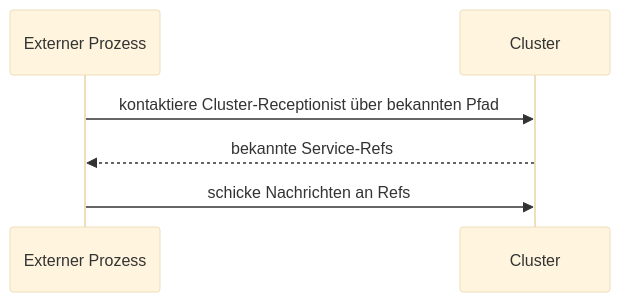
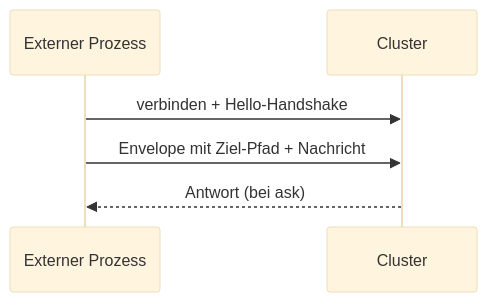
One commit to pathosDev/actor-ts changed the diagram in docs/src/content/docs/de/cluster/cluster-client.mdx. Above: the diagram before and after it, drawn with Mermaid (base theme). The commit also changed other lines of this file and 79 other files, not shown here.

````diff
--- a/docs/src/content/docs/de/cluster/cluster-client.mdx
+++ b/docs/src/content/docs/de/cluster/cluster-client.mdx
@@ -47,8 +47,8 @@
 ```mermaid
 sequenceDiagram
   participant Ext as Externer Prozess
   participant Cluster
-  Ext->>Cluster: kontaktiere Cluster-Receptionist über bekannten Pfad
-  Cluster-->>Ext: bekannte Service-Refs
-  Ext->>Cluster: schicke Nachrichten an Refs
+  Ext->>Cluster: verbinden + Hello-Handshake
+  Ext->>Cluster: Envelope mit Ziel-Pfad + Nachricht
+  Cluster-->>Ext: Antwort (bei ask)
 ```
````
